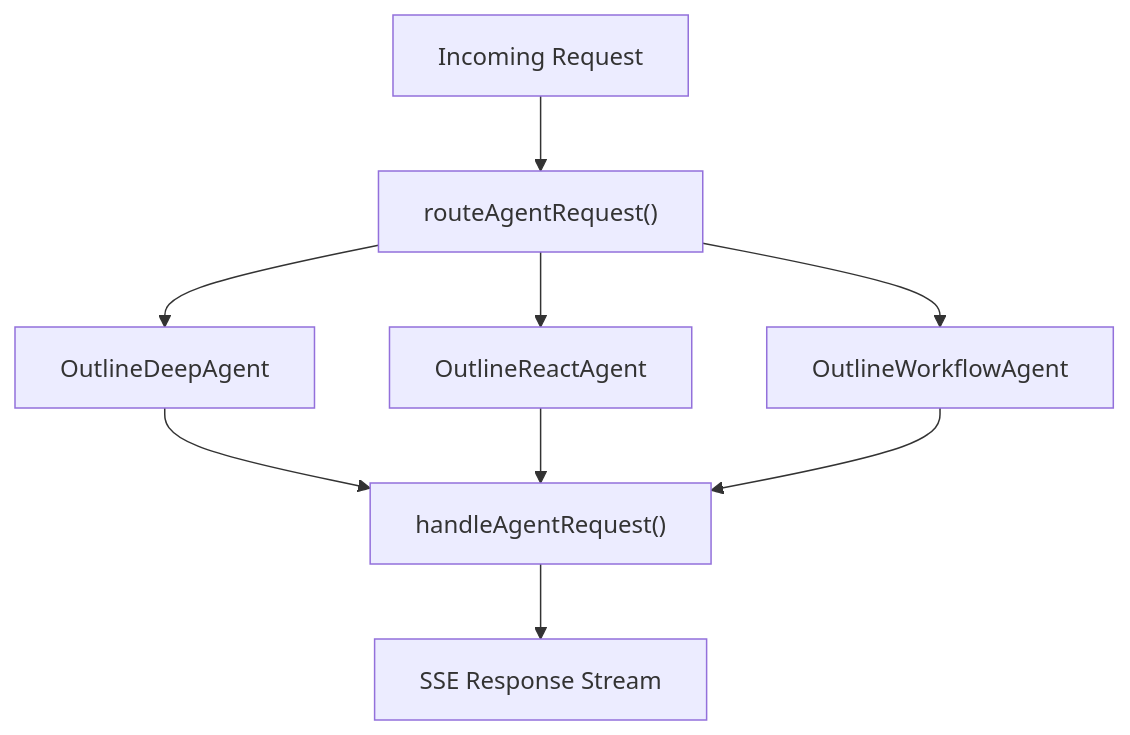
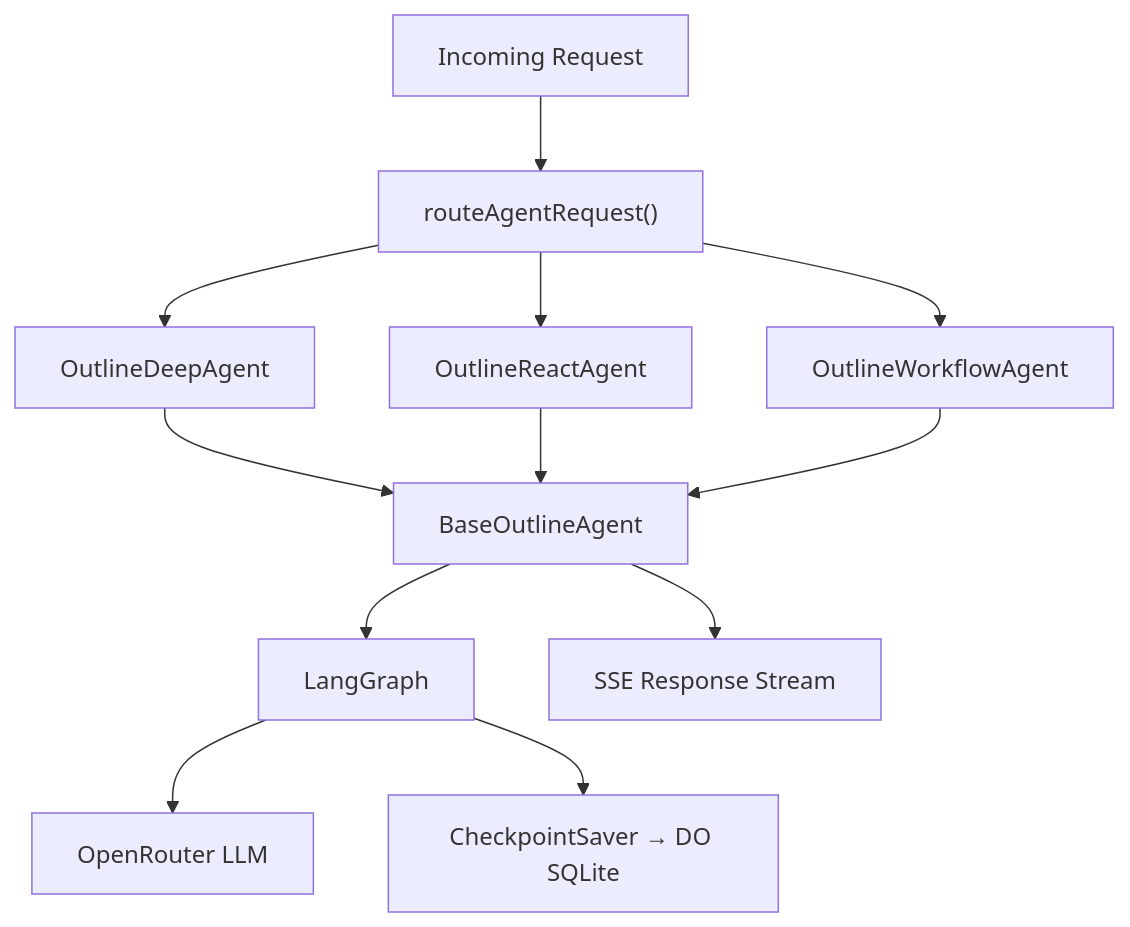
Before and after one commit to arielarevalo/enki.cr: the diagram in agents/README.md, drawn with Mermaid. The commit also changed other lines of this file and 45 other files, not shown here.

First line of the commit message:
feat(agents): add modular outline agent architecture with graphs and SSE streaming

````diff
--- a/agents/README.md
+++ b/agents/README.md
@@ -7,11 +7,14 @@
 ```mermaid
 graph TD
     Request["Incoming Request"] --> Route["routeAgentRequest()"]
     Route --> Deep["OutlineDeepAgent"]
     Route --> React["OutlineReactAgent"]
     Route --> Workflow["OutlineWorkflowAgent"]
-    Deep --> Handler["handleAgentRequest()"]
-    React --> Handler
-    Workflow --> Handler
-    Handler --> SSE["SSE Response Stream"]
+    Deep --> Base["BaseOutlineAgent"]
+    React --> Base
+    Workflow --> Base
+    Base --> Graph["LangGraph"]
+    Graph --> LLM["OpenRouter LLM"]
+    Graph --> CP["CheckpointSaver → DO SQLite"]
+    Base --> SSE["SSE Response Stream"]
 ```
````
